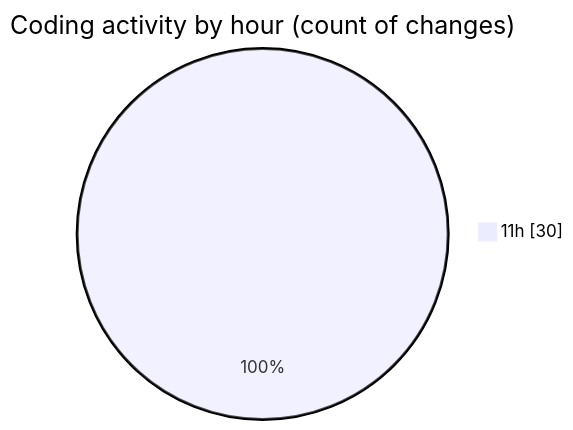
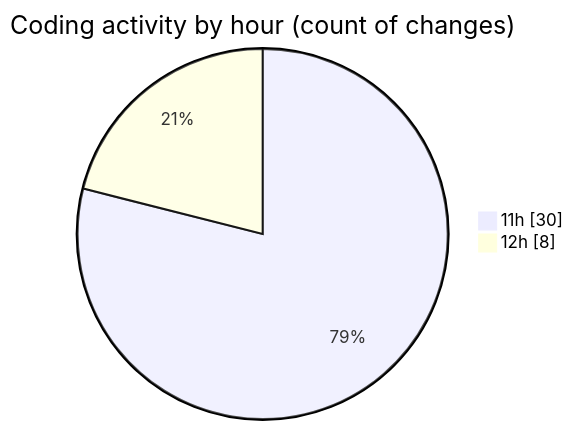
Before and after one commit to nxtqubesakshisongat/code-tracking: the second of 2 diagrams in 2025-07-13/argos/README.md, drawn with Mermaid. The commit also changed other lines of this file and 1 other file, not shown here.

````diff
--- a/2025-07-13/argos/README.md
+++ b/2025-07-13/argos/README.md
@@ -30,5 +30,6 @@
 ```mermaid
 pie showData
 title Coding activity by hour (count of changes)
 "11h" : 30
+"12h" : 8
 ```
````
